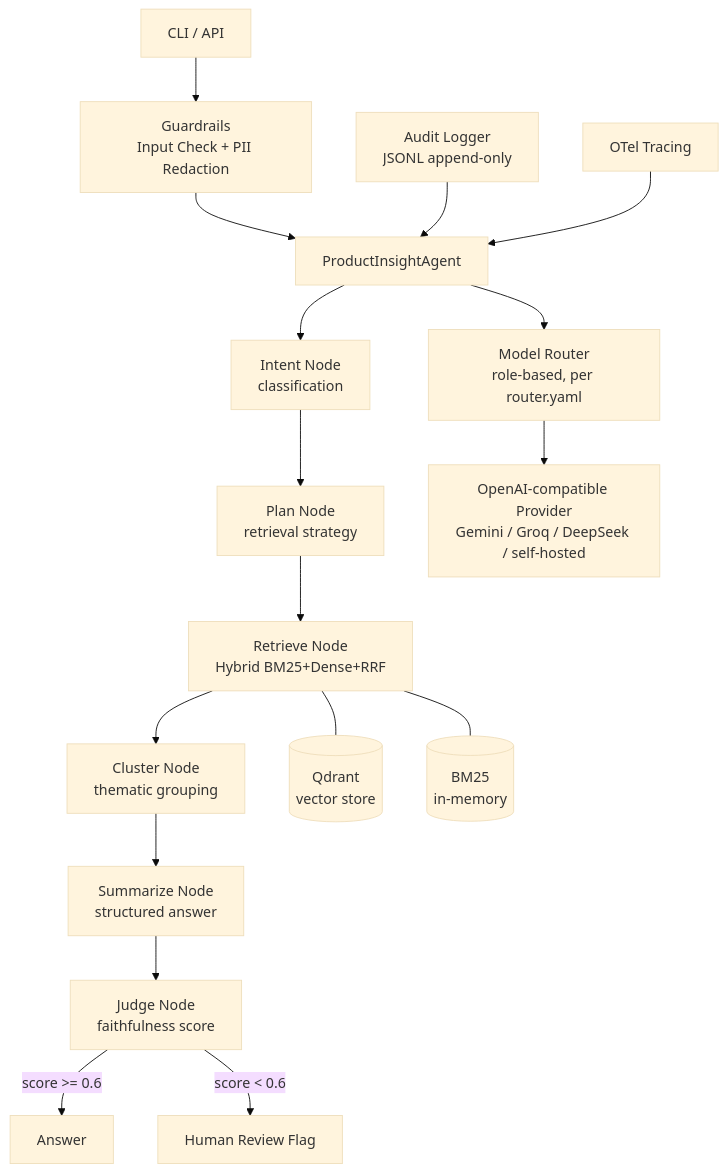
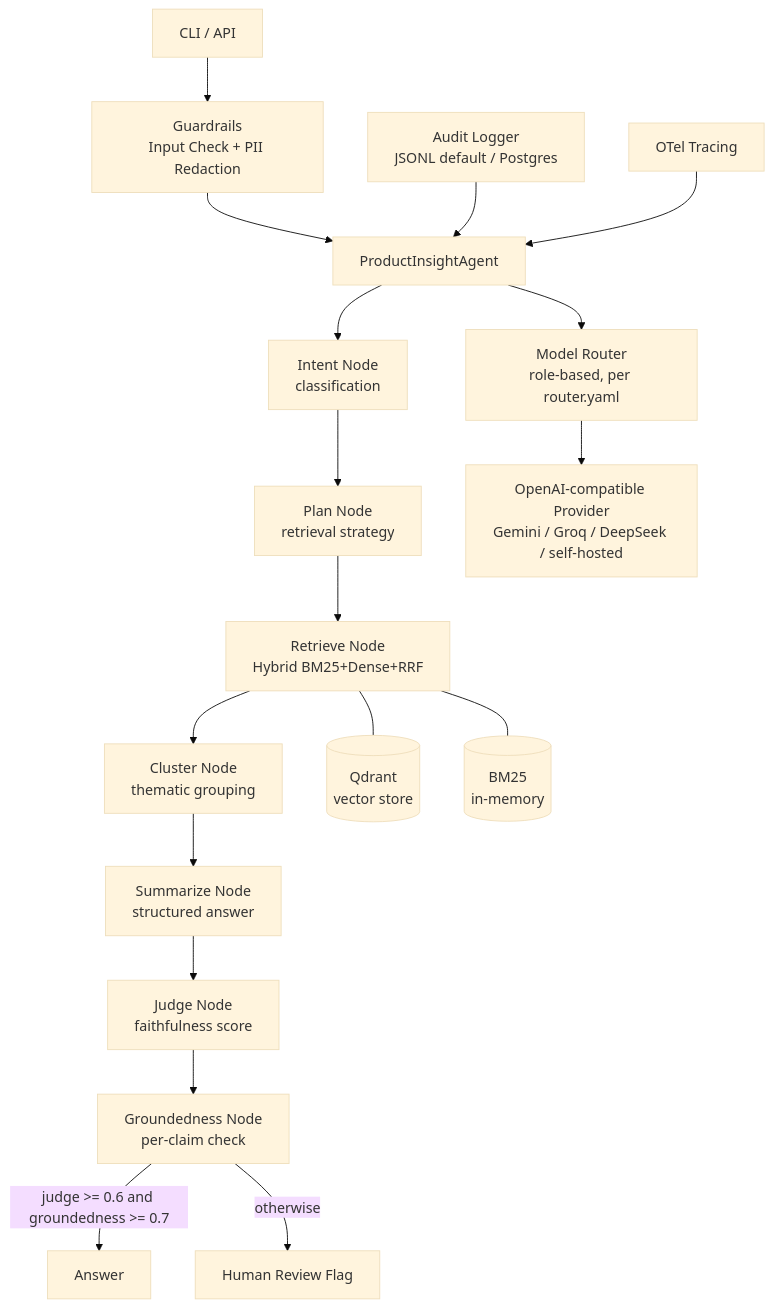
Before and after one commit to bsamsonov/product-insight-agent: the second of 2 diagrams in README.md, drawn with Mermaid (base theme). The commit also changed other lines of this file and 2 other files, not shown here.

````diff
--- a/README.md
+++ b/README.md
@@ -90,22 +92,23 @@
 ```mermaid
 graph TD
     UI[CLI / API] --> GRD[Guardrails\nInput Check + PII Redaction]
     GRD --> AGT[ProductInsightAgent]
     AGT --> INTENT[Intent Node\nclassification]
     INTENT --> PLAN[Plan Node\nretrieval strategy]
     PLAN --> RET[Retrieve Node\nHybrid BM25+Dense+RRF]
     RET --> CLU[Cluster Node\nthematic grouping]
     CLU --> SUM[Summarize Node\nstructured answer]
     SUM --> JUDGE[Judge Node\nfaithfulness score]
-    JUDGE -->|score >= 0.6| END[Answer]
-    JUDGE -->|score < 0.6| HITL[Human Review Flag]
+    JUDGE --> GND[Groundedness Node\nper-claim check]
+    GND -->|judge >= 0.6 and groundedness >= 0.7| END[Answer]
+    GND -->|otherwise| HITL[Human Review Flag]
 
     RET --- QDRANT[(Qdrant\nvector store)]
     RET --- BM25[(BM25\nin-memory)]
 
     AGT --> ROUTER[Model Router\nrole-based, per router.yaml]
     ROUTER --> LLM[OpenAI-compatible Provider\nGemini / Groq / DeepSeek / self-hosted]
 
-    AUDIT[Audit Logger\nJSONL append-only] --> AGT
+    AUDIT[Audit Logger\nJSONL default / Postgres] --> AGT
     OBS[OTel Tracing] --> AGT
 ```
````
